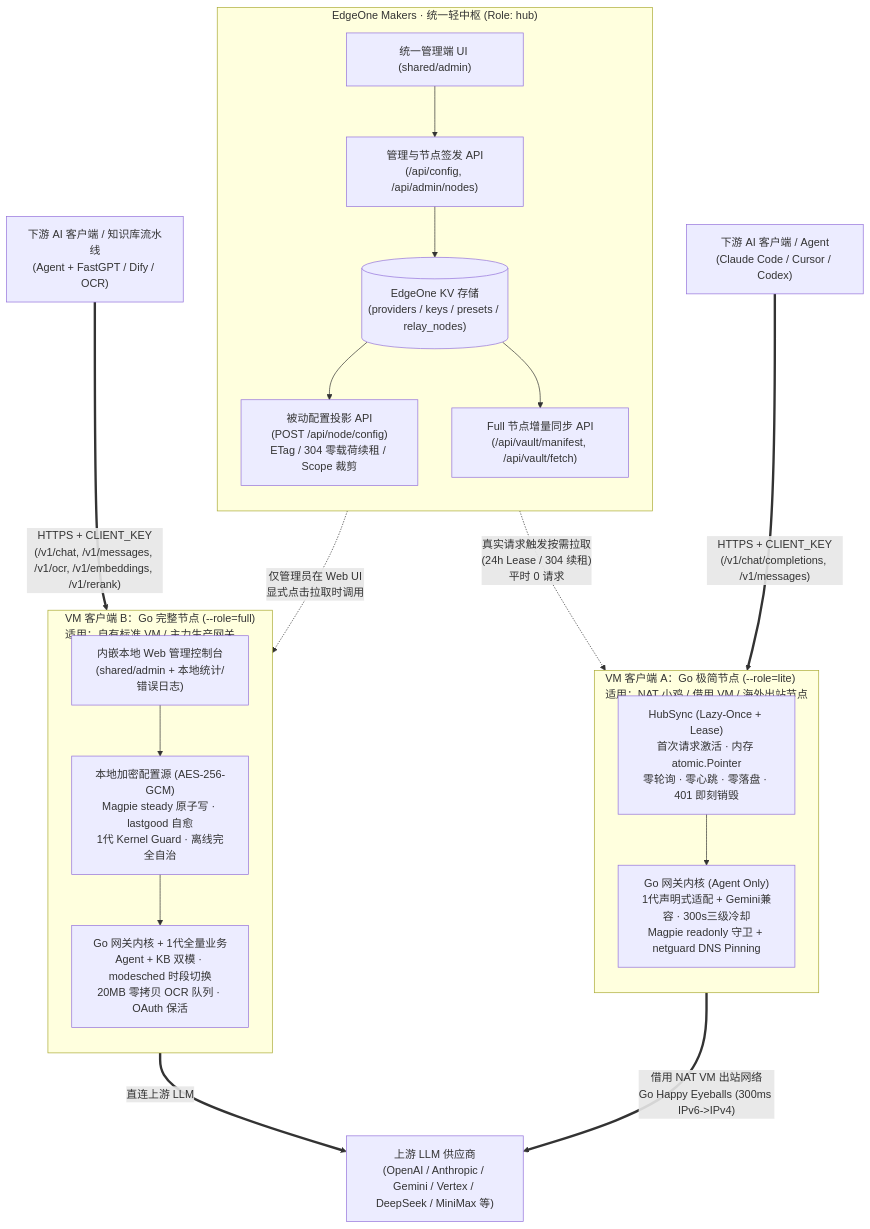
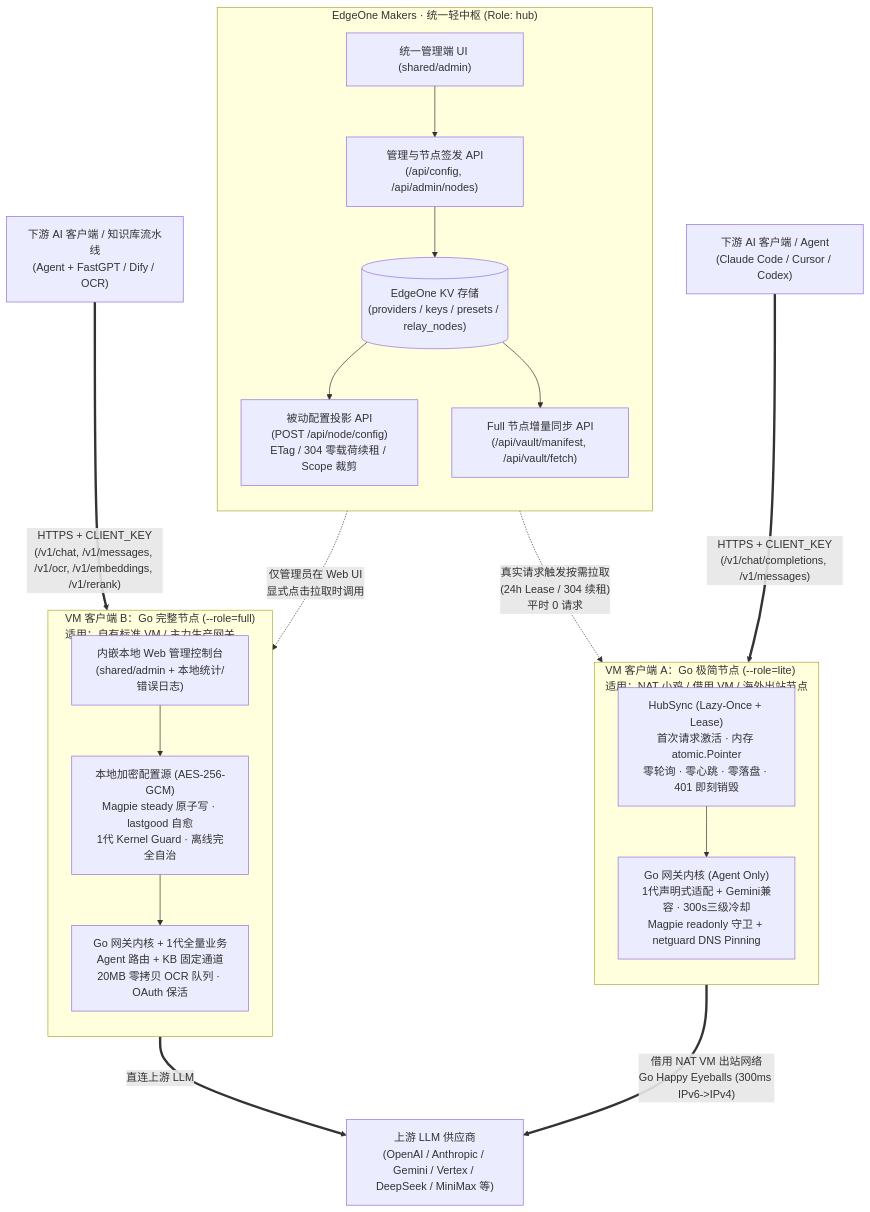
Before and after one commit to khc8655/ocrprox2: the diagram in docs/SYSTEM_DESIGN_SPEC.md, drawn with Mermaid. The commit also changed other lines of this file and 9 other files, not shown here.

````diff
--- a/docs/SYSTEM_DESIGN_SPEC.md
+++ b/docs/SYSTEM_DESIGN_SPEC.md
@@ -49,39 +49,39 @@
 ```mermaid
 flowchart TB
     subgraph Hub["EdgeOne Makers · 统一轻中枢 (Role: hub)"]
         direction TB
         H_UI["统一管理端 UI (shared/admin)"]
         H_KV[("EdgeOne KV 存储\n(providers / keys / presets / relay_nodes)")]
         H_ADMIN["管理与节点签发 API\n(/api/config, /api/admin/nodes)"]
         H_NODE["被动配置投影 API\n(POST /api/node/config)\nETag / 304 零载荷续租 / Scope 裁剪"]
         H_VAULT["Full 节点增量同步 API\n(/api/vault/manifest, /api/vault/fetch)"]
         H_UI --> H_ADMIN --> H_KV
         H_KV --> H_NODE
         H_KV --> H_VAULT
     end
 
     subgraph Lite["VM 客户端 A：Go 极简节点 (--role=lite)\n适用：NAT 小鸡 / 借用 VM / 海外出站节点"]
         direction TB
         L_SYNC["HubSync (Lazy-Once + Lease)\n首次请求激活 · 内存 atomic.Pointer\n零轮询 · 零心跳 · 零落盘 · 401 即刻销毁"]
         L_GW["Go 网关内核 (Agent Only)\n1代声明式适配 + Gemini兼容 · 300s三级冷却\nMagpie readonly 守卫 + netguard DNS Pinning"]
         L_SYNC --> L_GW
     end
 
     subgraph Full["VM 客户端 B：Go 完整节点 (--role=full)\n适用：自有标准 VM / 主力生产网关"]
         direction TB
         F_STORE["本地加密配置源 (AES-256-GCM)\nMagpie steady 原子写 · lastgood 自愈\n1代 Kernel Guard · 离线完全自治"]
-        F_GW["Go 网关内核 + 1代全量业务\nAgent + KB 双模 · modesched 时段切换\n20MB 零拷贝 OCR 队列 · OAuth 保活"]
+        F_GW["Go 网关内核 + 1代全量业务\nAgent 路由 + KB 固定通道\n20MB 零拷贝 OCR 队列 · OAuth 保活"]
         F_UI["内嵌本地 Web 管理控制台\n(shared/admin + 本地统计/错误日志)"]
         F_STORE --> F_GW
         F_UI --> F_STORE
     end
 
     H_NODE -. "真实请求触发按需拉取\n(24h Lease / 304 续租)\n平时 0 请求" .-> L_SYNC
     H_VAULT -. "仅管理员在 Web UI\n显式点击拉取时调用" .-> F_STORE
 
     ClientA["下游 AI 客户端 / Agent\n(Claude Code / Cursor / Codex)"] == "HTTPS + CLIENT_KEY\n(/v1/chat/completions, /v1/messages)" ==> L_GW
     ClientB["下游 AI 客户端 / 知识库流水线\n(Agent + FastGPT / Dify / OCR)"] == "HTTPS + CLIENT_KEY\n(/v1/chat, /v1/messages, /v1/ocr, /v1/embeddings, /v1/rerank)" ==> F_GW
 
     L_GW == "借用 NAT VM 出站网络\nGo Happy Eyeballs (300ms IPv6->IPv4)" ==> Upstream["上游 LLM 供应商\n(OpenAI / Anthropic / Gemini / Vertex / DeepSeek / MiniMax 等)"]
     F_GW == "直连上游 LLM" ==> Upstream
 ```
````
